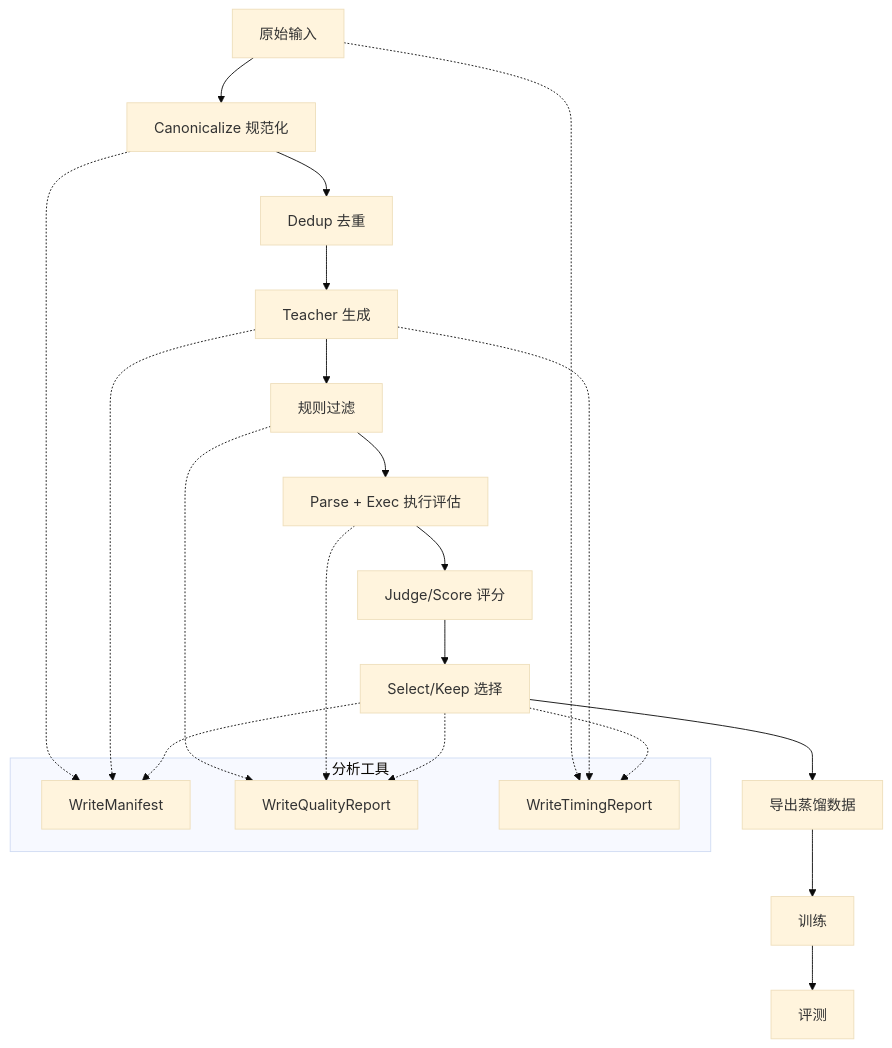
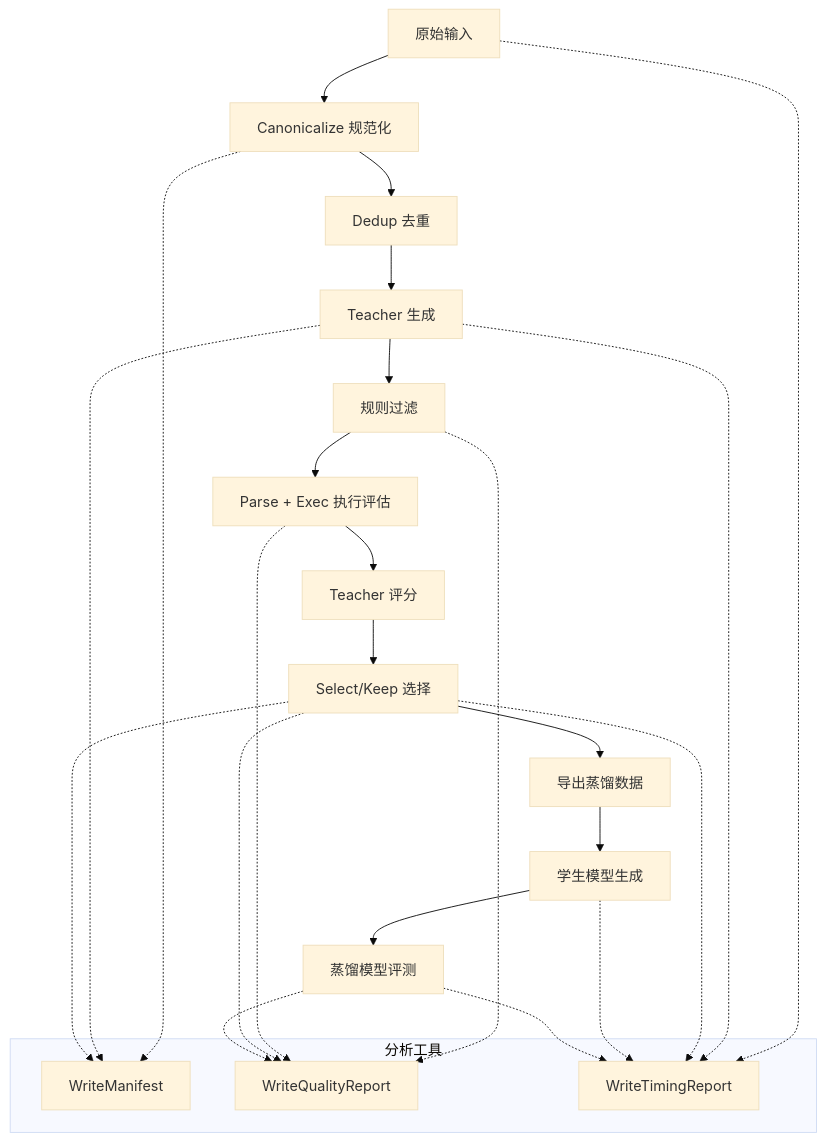
One commit to ai-clarify/fast-distill changed the diagram in docs/sections/fastdistill/architecture_zh.md. Above: the diagram before and after it, drawn with Mermaid (base theme). The commit also changed other lines of this file and 10 other files, not shown here.

Commit message:
Add student eval flow and refresh baseline

````diff
--- a/docs/sections/fastdistill/architecture_zh.md
+++ b/docs/sections/fastdistill/architecture_zh.md
@@ -9,29 +9,32 @@
 ```mermaid
 flowchart TD
   A[原始输入] --> B[Canonicalize 规范化]
   B --> C[Dedup 去重]
   C --> D[Teacher 生成]
   D --> E[规则过滤]
   E --> F[Parse + Exec 执行评估]
-  F --> G[Judge/Score 评分]
+  F --> G[Teacher 评分]
   G --> H[Select/Keep 选择]
   H --> I[导出蒸馏数据]
-  I --> J[训练]
-  J --> K[评测]
+  I --> J[学生模型生成]
+  J --> K[蒸馏模型评测]
 
   subgraph AnalysisTools[分析工具]
     M1[WriteManifest]
     M2[WriteQualityReport]
     M3[WriteTimingReport]
   end
 
   B -.-> M1
   D -.-> M1
   H -.-> M1
   E -.-> M2
   F -.-> M2
   H -.-> M2
+  K -.-> M2
   A -.-> M3
   D -.-> M3
   H -.-> M3
+  J -.-> M3
+  K -.-> M3
 ```
````
